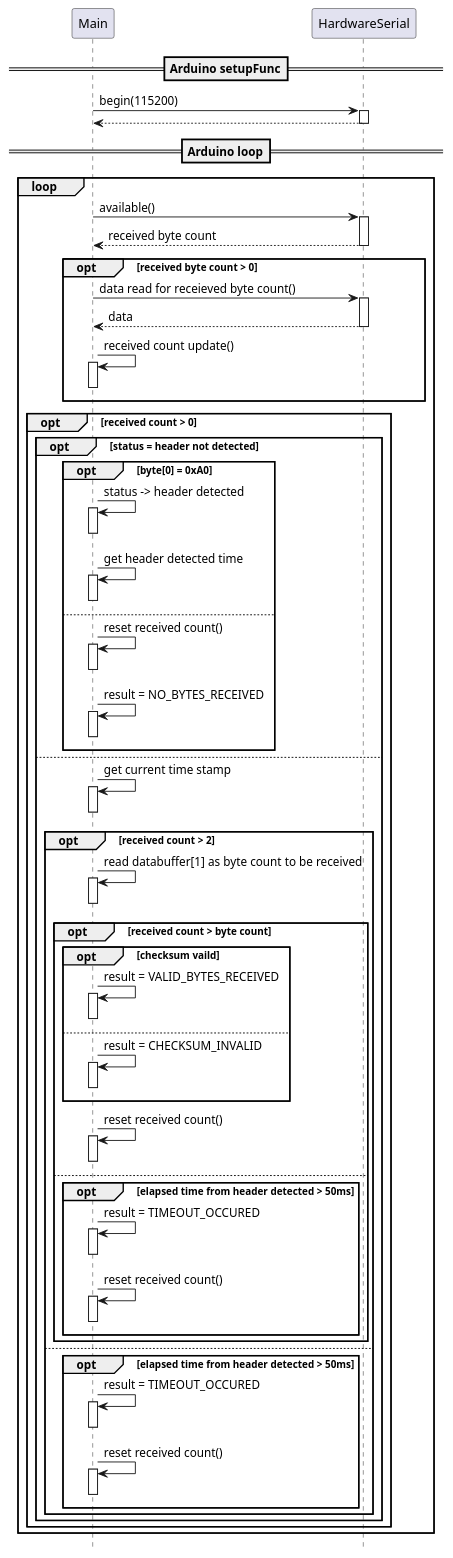
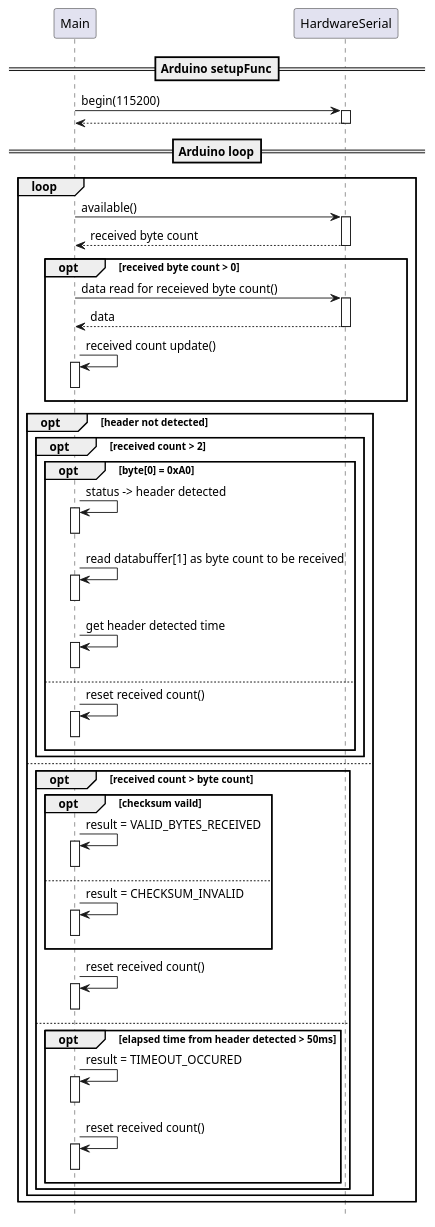
The diagram in ControlBox/FW/WiFiMCUFW/UML/CommandReceiveSequence.plantuml (ShujiMikami/RenjiSystemProject), drawn with PlantUML before and after one commit. The commit also changed 1 other file, not shown here.

```diff
--- a/ControlBox/FW/WiFiMCUFW/UML/CommandReceiveSequence.plantuml
+++ b/ControlBox/FW/WiFiMCUFW/UML/CommandReceiveSequence.plantuml
@@ -1,105 +1,80 @@
 @startuml
 
 hide footbox
 
 participant "Main" as FuncMain
 participant "HardwareSerial" as ClassHardwareSerial
 
 ==Arduino setupFunc==
 FuncMain -> ClassHardwareSerial : begin(115200)
   activate ClassHardwareSerial
 FuncMain <-- ClassHardwareSerial
   deactivate ClassHardwareSerial
 
 ==Arduino loop==
 loop
   FuncMain -> ClassHardwareSerial : available()
     activate ClassHardwareSerial
   FuncMain <-- ClassHardwareSerial : received byte count
     deactivate ClassHardwareSerial
 
   opt received byte count > 0
     FuncMain -> ClassHardwareSerial : data read for receieved byte count()
       activate ClassHardwareSerial
     FuncMain <-- ClassHardwareSerial : data
       deactivate ClassHardwareSerial
 
     FuncMain -> FuncMain : received count update()
       activate FuncMain 
       deactivate FuncMain
   end
 
-  opt received count > 0
-    opt status = header not detected
+  opt header not detected
+    opt received count > 2
       opt byte[0] = 0xA0
         FuncMain -> FuncMain : status -> header detected
+          activate FuncMain
+          deactivate FuncMain
+      
+        FuncMain -> FuncMain : read databuffer[1] as byte count to be received
           activate FuncMain
           deactivate FuncMain
 
         FuncMain -> FuncMain : get header detected time
           activate FuncMain
           deactivate FuncMain
       else
         FuncMain -> FuncMain : reset received count()
           activate FuncMain
           deactivate FuncMain
-
-        FuncMain -> FuncMain : result = NO_BYTES_RECEIVED
+      end
+    end
+  else
+    opt received count > byte count
+      opt checksum vaild
+        FuncMain -> FuncMain : result = VALID_BYTES_RECEIVED
+          activate FuncMain
+          deactivate FuncMain
+      else
+        FuncMain -> FuncMain : result = CHECKSUM_INVALID
           activate FuncMain
           deactivate FuncMain
       end
-    else
-      FuncMain -> FuncMain : get current time stamp
+
+      FuncMain -> FuncMain : reset received count()
         activate FuncMain
         deactivate FuncMain
-
-      opt received count > 2
-        FuncMain -> FuncMain : read databuffer[1] as byte count to be received
+    else
+      opt elapsed time from header detected > 50ms
+        FuncMain -> FuncMain : result = TIMEOUT_OCCURED
           activate FuncMain
           deactivate FuncMain
 
-        opt received count > byte count
-          opt checksum vaild
-            FuncMain -> FuncMain : result = VALID_BYTES_RECEIVED
-              activate FuncMain
-              deactivate FuncMain
-          else
-            FuncMain -> FuncMain : result = CHECKSUM_INVALID
-              activate FuncMain
-              deactivate FuncMain
-          end
-
-          FuncMain -> FuncMain : reset received count()
-            activate FuncMain
-            deactivate FuncMain
-        else
-          opt elapsed time from header detected > 50ms
-            FuncMain -> FuncMain : result = TIMEOUT_OCCURED
-              activate FuncMain
-              deactivate FuncMain
-
-            FuncMain -> FuncMain : reset received count()
-              activate FuncMain
-              deactivate FuncMain
-          end
-        end
-      else
-        opt elapsed time from header detected > 50ms
-          FuncMain -> FuncMain : result = TIMEOUT_OCCURED
-            activate FuncMain
-            deactivate FuncMain
-
-          FuncMain -> FuncMain : reset received count()
-            activate FuncMain
-            deactivate FuncMain
-         end
-      end
-    end
+        FuncMain -> FuncMain : reset received count()
+          activate FuncMain
+          deactivate FuncMain
+     end
+   end
   end
 end
-
-
-
-
-
 @enduml
```
